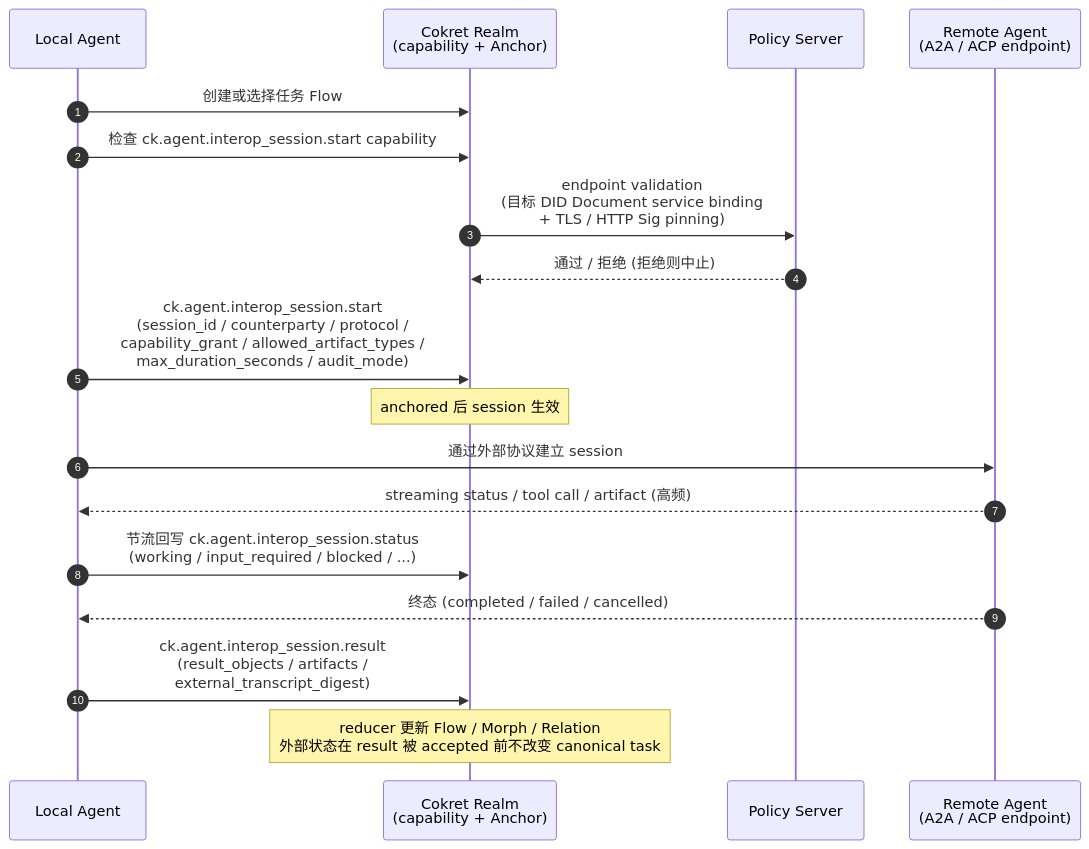
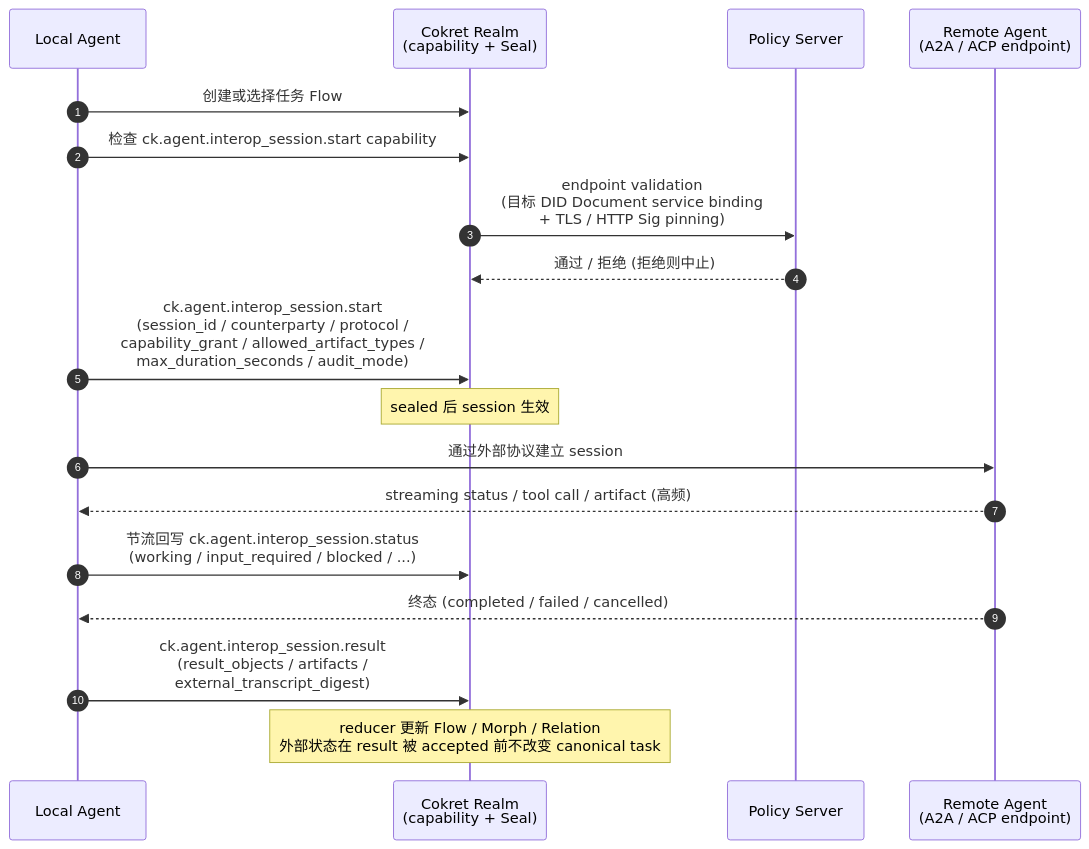
Before and after one commit to arkret-org/arkret-spec: the diagram in spec/v1/zh/extensions/agent-protocol-interop.md, drawn with Mermaid. The commit also changed other lines of this file and 113 other files, not shown here.

First line of the commit message:
Refactor service surface documentation and update schema definitions

````diff
--- a/spec/v1/zh/extensions/agent-protocol-interop.md
+++ b/spec/v1/zh/extensions/agent-protocol-interop.md
@@ -283,23 +283,23 @@
 ```mermaid
 sequenceDiagram
     autonumber
     participant LocalAg as Local Agent
-    participant Cx as Cokret Realm<br>(capability + Anchor)
+    participant Cx as Cokret Realm<br>(capability + Seal)
     participant Pol as Policy Server
     participant Remote as Remote Agent<br>(A2A / ACP endpoint)
 
     LocalAg->>Cx: 创建或选择任务 Flow
     LocalAg->>Cx: 检查 ck.agent.interop_session.start capability
     Cx->>Pol: endpoint validation<br>(目标 DID Document service binding<br> + TLS / HTTP Sig pinning)
     Pol-->>Cx: 通过 / 拒绝 (拒绝则中止)
     LocalAg->>Cx: ck.agent.interop_session.start<br>(session_id / counterparty / protocol /<br> capability_grant / allowed_artifact_types /<br> max_duration_seconds / audit_mode)
-    note over Cx: anchored 后 session 生效
+    note over Cx: sealed 后 session 生效
 
     LocalAg->>Remote: 通过外部协议建立 session
     Remote-->>LocalAg: streaming status / tool call / artifact (高频)
     LocalAg->>Cx: 节流回写 ck.agent.interop_session.status<br>(working / input_required / blocked / ...)
 
     Remote-->>LocalAg: 终态 (completed / failed / cancelled)
     LocalAg->>Cx: ck.agent.interop_session.result<br>(result_objects / artifacts /<br> external_transcript_digest)
     note over Cx: reducer 更新 Flow / Morph / Relation<br>外部状态在 result 被 accepted 前不改变 canonical task
 ```
````
